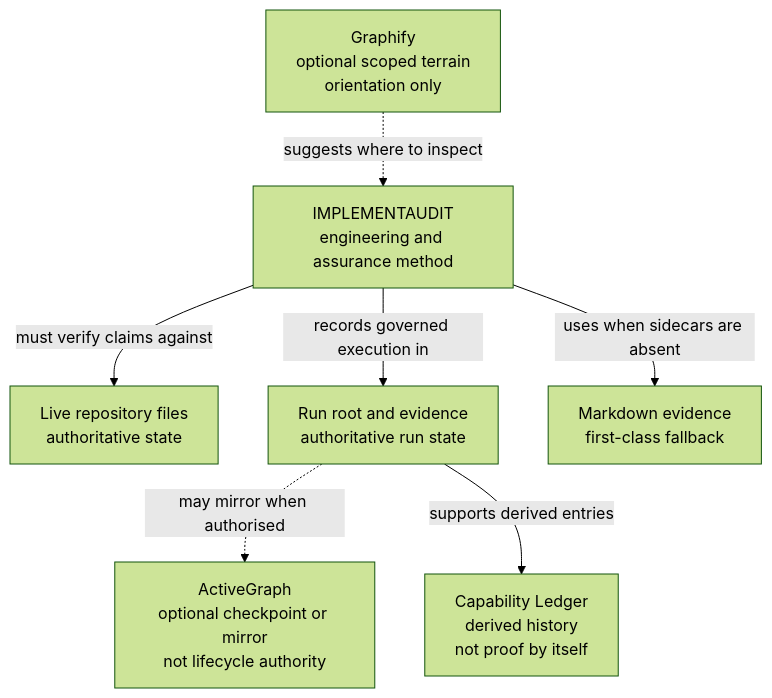
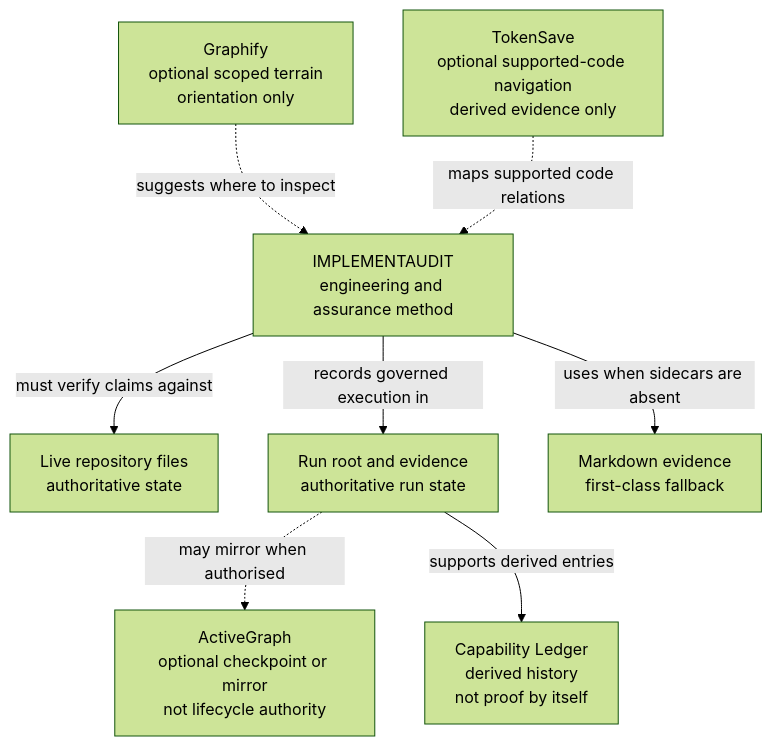
One commit to theislampill/IMPLEMENTAUDIT.md changed the diagram in docs/diagrams/tooling-architecture.mmd. Above: the diagram before and after it, drawn with Mermaid (forest theme). The commit also changed 10 other files, not shown here.

Commit message:
feat(r27): add bounded TokenSave code navigation

```diff
--- a/docs/diagrams/tooling-architecture.mmd
+++ b/docs/diagrams/tooling-architecture.mmd
@@ -1,25 +1,29 @@
 flowchart TB
   G["`Graphify
   optional scoped terrain
   orientation only`"]
+  T["`TokenSave
+  optional supported-code navigation
+  derived evidence only`"]
   I["`IMPLEMENTAUDIT
   engineering and assurance method`"]
   L["`Live repository files
   authoritative state`"]
   R["`Run root and evidence
   authoritative run state`"]
   M["`Markdown evidence
   first-class fallback`"]
   A["`ActiveGraph
   optional checkpoint or mirror
   not lifecycle authority`"]
   C["`Capability Ledger
   derived history
   not proof by itself`"]
 
   G -.->|suggests where to inspect| I
+  T -.->|maps supported code relations| I
   I -->|must verify claims against| L
   I -->|records governed execution in| R
   R -.->|may mirror when authorised| A
   R -->|supports derived entries| C
   I -->|uses when sidecars are absent| M
```
